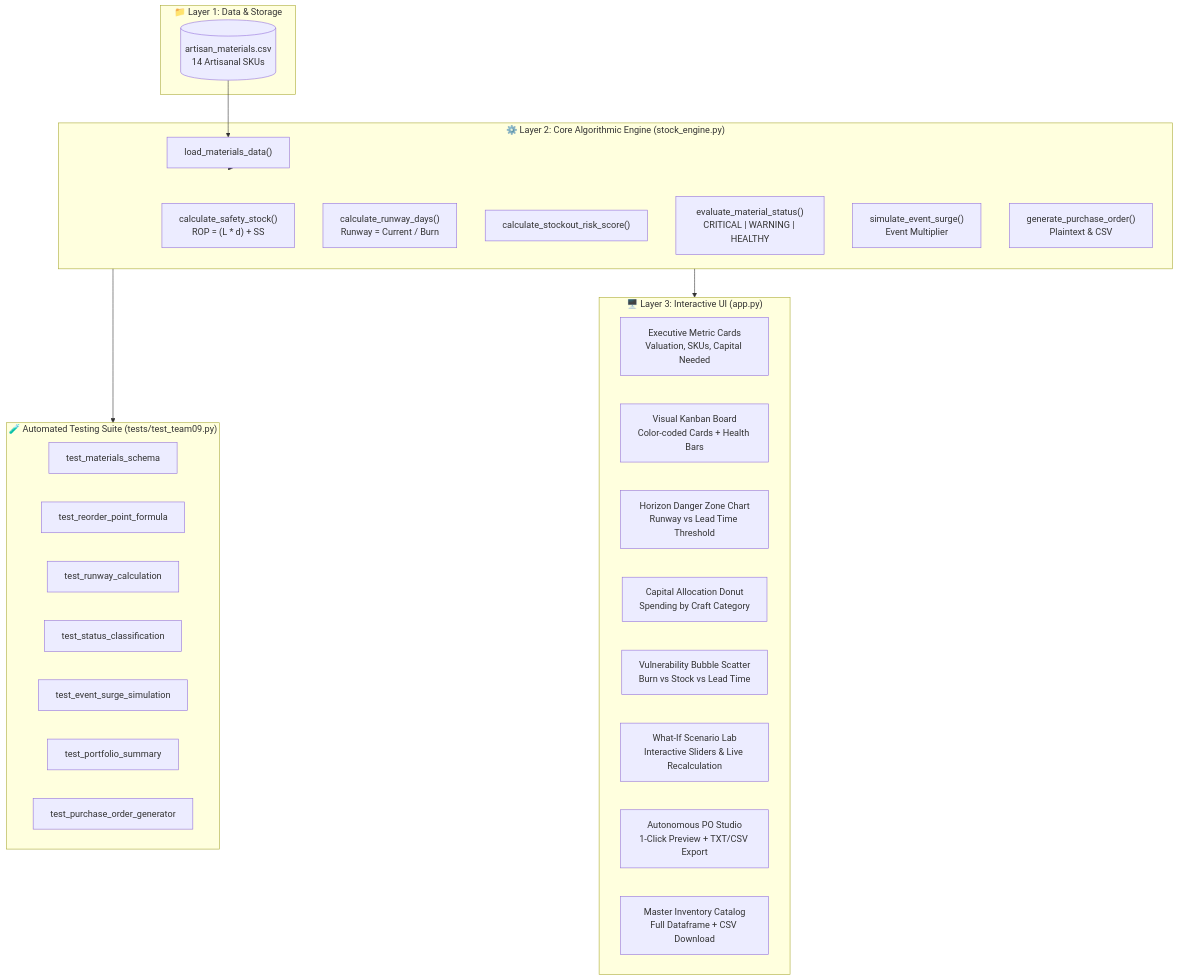
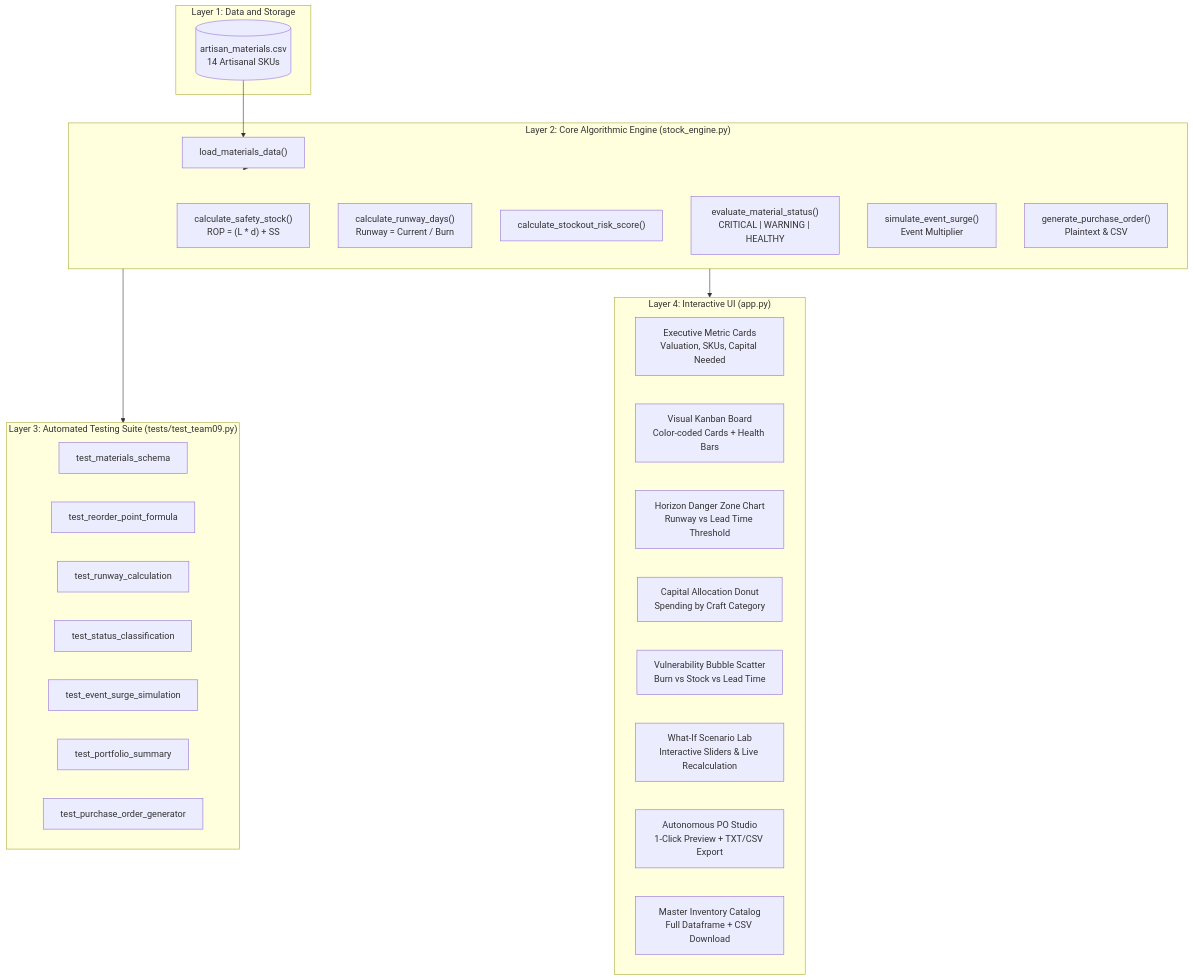
One commit to Arunmadhavan28/PRICE_C7 changed the diagram in teams/team09_artisan_stock/README.md. Above: the diagram before and after it, drawn with Mermaid. The commit also changed other lines of this file and 1 other file, not shown here.

Commit message:
style(academic): enforce zero-emoji policy and clean text badges across team 9

````diff
--- a/teams/team09_artisan_stock/README.md
+++ b/teams/team09_artisan_stock/README.md
@@ -88,42 +88,42 @@
 ```mermaid
 flowchart TD
-    subgraph DataLayer["📁 Layer 1: Data & Storage"]
+    subgraph DataLayer["Layer 1: Data and Storage"]
         CSV[("artisan_materials.csv<br/>14 Artisanal SKUs")]
     end
 
-    subgraph CoreEngine["⚙️ Layer 2: Core Algorithmic Engine (stock_engine.py)"]
+    subgraph CoreEngine["Layer 2: Core Algorithmic Engine (stock_engine.py)"]
         Load["load_materials_data()"]
         ROP["calculate_safety_stock()<br/>ROP = (L * d) + SS"]
         Runway["calculate_runway_days()<br/>Runway = Current / Burn"]
         Risk["calculate_stockout_risk_score()"]
         Status["evaluate_material_status()<br/>CRITICAL | WARNING | HEALTHY"]
         Surge["simulate_event_surge()<br/>Event Multiplier"]
         PO_Gen["generate_purchase_order()<br/>Plaintext & CSV"]
     end
 
-    subgraph TestingSuite["🧪 Automated Testing Suite (tests/test_team09.py)"]
+    subgraph TestingSuite["Layer 3: Automated Testing Suite (tests/test_team09.py)"]
         TestSchema["test_materials_schema"]
         TestROP["test_reorder_point_formula"]
         TestRunway["test_runway_calculation"]
         TestStatus["test_status_classification"]
         TestSurge["test_event_surge_simulation"]
         TestSummary["test_portfolio_summary"]
         TestPO["test_purchase_order_generator"]
     end
 
-    subgraph UserInterface["🖥️ Layer 3: Interactive UI (app.py)"]
+    subgraph UserInterface["Layer 4: Interactive UI (app.py)"]
         KPIs["Executive Metric Cards<br/>Valuation, SKUs, Capital Needed"]
         Kanban["Visual Kanban Board<br/>Color-coded Cards + Health Bars"]
         Plotly1["Horizon Danger Zone Chart<br/>Runway vs Lead Time Threshold"]
         Plotly2["Capital Allocation Donut<br/>Spending by Craft Category"]
         Plotly3["Vulnerability Bubble Scatter<br/>Burn vs Stock vs Lead Time"]
         SimTab["What-If Scenario Lab<br/>Interactive Sliders & Live Recalculation"]
         POTab["Autonomous PO Studio<br/>1-Click Preview + TXT/CSV Export"]
         CatalogTab["Master Inventory Catalog<br/>Full Dataframe + CSV Download"]
     end
 
     CSV --> Load
     Load --> CoreEngine
     CoreEngine --> TestingSuite
     CoreEngine --> UserInterface
 ```
````
